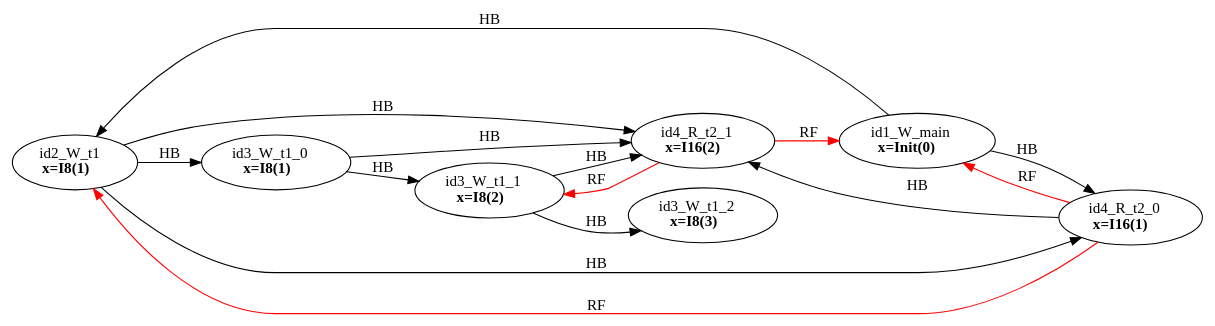
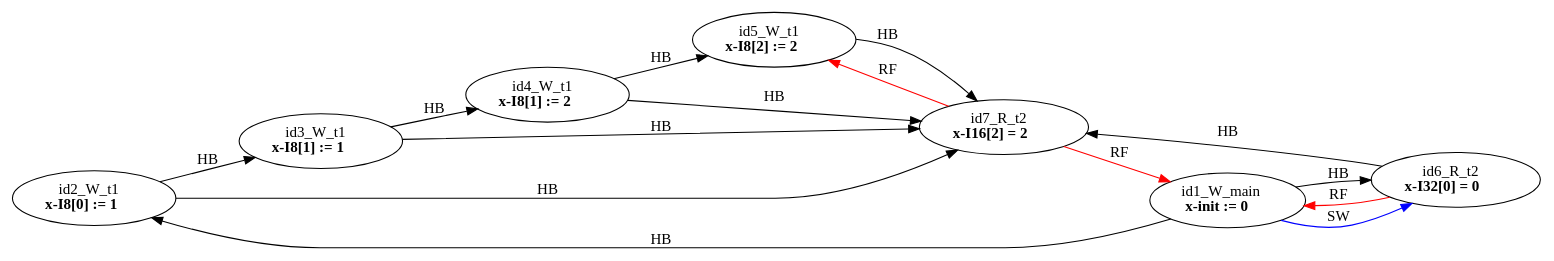
One commit to FMJS/EMME changed the diagram in examples/single_var/sv_simple16/mm5.dot. Above: the diagram before and after it, drawn with Graphviz. The commit also changed 481 other files, not shown here.

```diff
--- a/examples/single_var/sv_simple16/mm5.dot
+++ b/examples/single_var/sv_simple16/mm5.dot
@@ -1,25 +1,25 @@
 digraph memory_model {
 rankdir=LR;
 splines=true; esep=0.5;
-id2_W_t1 -> id3_W_t1_0 [label = "HB", color="black"];
-id3_W_t1_0 -> id3_W_t1_1 [label = "HB", color="black"];
-id3_W_t1_1 -> id3_W_t1_2 [label = "HB", color="black"];
-id4_R_t2_0 -> id4_R_t2_1 [label = "HB", color="black"];
+id2_W_t1 -> id3_W_t1 [label = "HB", color="black"];
+id3_W_t1 -> id4_W_t1 [label = "HB", color="black"];
+id4_W_t1 -> id5_W_t1 [label = "HB", color="black"];
+id6_R_t2 -> id7_R_t2 [label = "HB", color="black"];
 id1_W_main -> id2_W_t1 [label = "HB", color="black"];
-id1_W_main -> id4_R_t2_0 [label = "HB", color="black"];
-id2_W_t1 -> id4_R_t2_0 [label = "HB", color="black"];
-id2_W_t1 -> id4_R_t2_1 [label = "HB", color="black"];
-id3_W_t1_0 -> id4_R_t2_1 [label = "HB", color="black"];
-id3_W_t1_1 -> id4_R_t2_1 [label = "HB", color="black"];
-id4_R_t2_0 -> id1_W_main [label = "RF", color="red"];
-id4_R_t2_0 -> id2_W_t1 [label = "RF", color="red"];
-id4_R_t2_1 -> id1_W_main [label = "RF", color="red"];
-id4_R_t2_1 -> id3_W_t1_1 [label = "RF", color="red"];
-id1_W_main [label=<id1_W_main<br/><B>x=Init(0)</B>>, pos="2.5,8!"]
-id2_W_t1 [label=<id2_W_t1<br/><B>x=I8(1)</B>>, pos="0,6!"]
-id3_W_t1_0 [label=<id3_W_t1_0<br/><B>x=I8(1)</B>>, pos="0,4!"]
-id3_W_t1_1 [label=<id3_W_t1_1<br/><B>x=I8(2)</B>>, pos="0,2!"]
-id3_W_t1_2 [label=<id3_W_t1_2<br/><B>x=I8(3)</B>>, pos="0,0!"]
-id4_R_t2_0 [label=<id4_R_t2_0<br/><B>x=I16(1)</B>>, pos="5,6!"]
-id4_R_t2_1 [label=<id4_R_t2_1<br/><B>x=I16(2)</B>>, pos="5,4!"]
+id1_W_main -> id6_R_t2 [label = "HB", color="black"];
+id2_W_t1 -> id7_R_t2 [label = "HB", color="black"];
+id3_W_t1 -> id7_R_t2 [label = "HB", color="black"];
+id4_W_t1 -> id7_R_t2 [label = "HB", color="black"];
+id5_W_t1 -> id7_R_t2 [label = "HB", color="black"];
+id6_R_t2 -> id1_W_main [label = "RF", color="red"];
+id7_R_t2 -> id1_W_main [label = "RF", color="red"];
+id7_R_t2 -> id5_W_t1 [label = "RF", color="red"];
+id1_W_main -> id6_R_t2 [label = "SW", color="blue"];
+id1_W_main [label=<id1_W_main<br/><B>x-init := 0</B>>, pos="2.5,8!"]
+id2_W_t1 [label=<id2_W_t1<br/><B>x-I8[0] := 1</B>>, pos="0,6!"]
+id3_W_t1 [label=<id3_W_t1<br/><B>x-I8[1] := 1</B>>, pos="0,4!"]
+id4_W_t1 [label=<id4_W_t1<br/><B>x-I8[1] := 2</B>>, pos="0,2!"]
+id5_W_t1 [label=<id5_W_t1<br/><B>x-I8[2] := 2</B>>, pos="0,0!"]
+id6_R_t2 [label=<id6_R_t2<br/><B>x-I32[0] = 0</B>>, pos="5,6!"]
+id7_R_t2 [label=<id7_R_t2<br/><B>x-I16[2] = 2</B>>, pos="5,4!"]
 }
```
